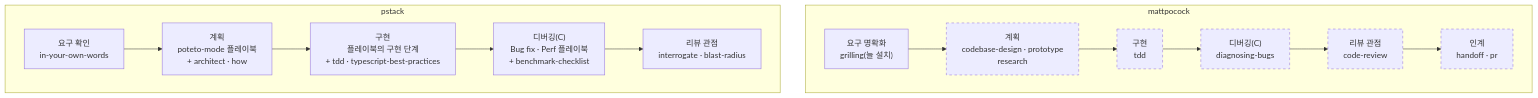
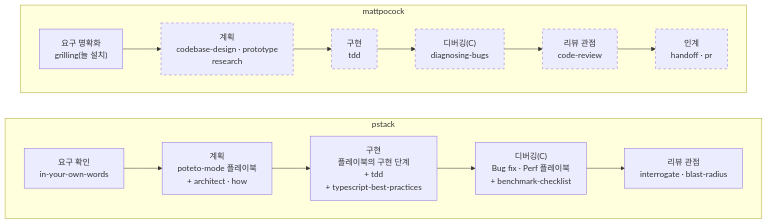
The fifth of 12 diagrams in handbook/skills/brain-flow.md (roadkwon-ai/pro-kit), drawn with Mermaid before and after one commit. The commit also changed other lines of this file and 26 other files, not shown here.

````diff
--- a/handbook/skills/brain-flow.md
+++ b/handbook/skills/brain-flow.md
@@ -149,23 +159,24 @@
 ```mermaid
 ---
 config:
   flowchart:
-    wrappingWidth: 240
+    wrappingWidth: 260
 ---
 flowchart TB
   subgraph MP["mattpocock"]
     MP1["요구 명확화<br/>grilling(늘 설치)"] --> MP2["계획<br/>codebase-design · prototype<br/>research"]
     MP2 --> MP3["구현<br/>tdd"]
     MP3 --> MP4["디버깅(C)<br/>diagnosing-bugs"]
     MP4 --> MP5["리뷰 관점<br/>code-review"]
     MP5 --> MP6["인계<br/>handoff · pr"]
   end
   subgraph PS["pstack"]
     PS1["요구 확인<br/>in-your-own-words"] --> PS2["계획<br/>poteto-mode 플레이북<br/>+ architect · how"]
-    PS2 --> PS3["구현<br/>플레이북의 구현 단계<br/>+ tdd · typescript-best-practices"]
+    PS2 --> PS3["구현<br/>플레이북의 구현 단계<br/>+ tdd<br/>+ typescript-best-practices"]
     PS3 --> PS4["디버깅(C)<br/>Bug fix · Perf 플레이북<br/>+ benchmark-checklist"]
     PS4 --> PS5["리뷰 관점<br/>interrogate · blast-radius"]
   end
+  MP ~~~ PS
   classDef opt stroke-dasharray: 5 5
   class MP2,MP3,MP4,MP5,MP6 opt
 ```
````
